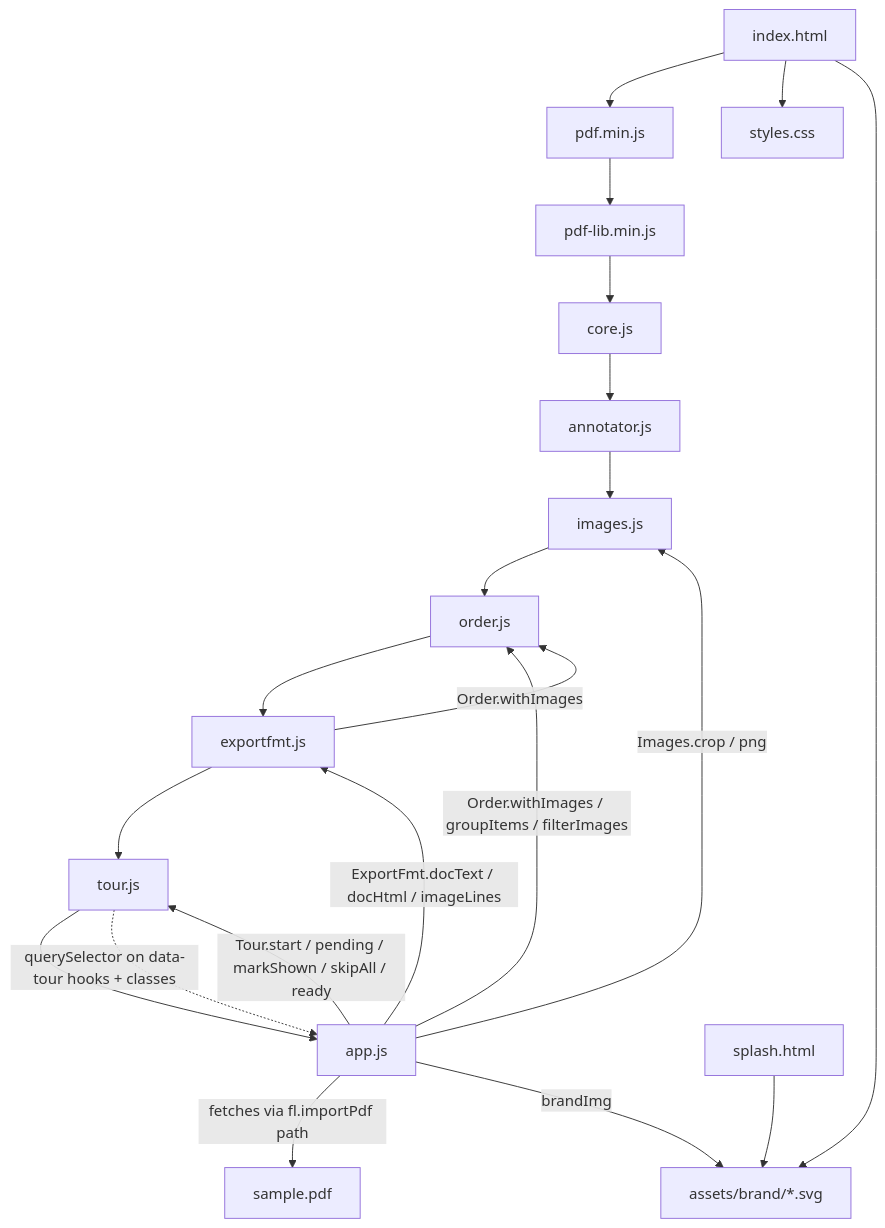
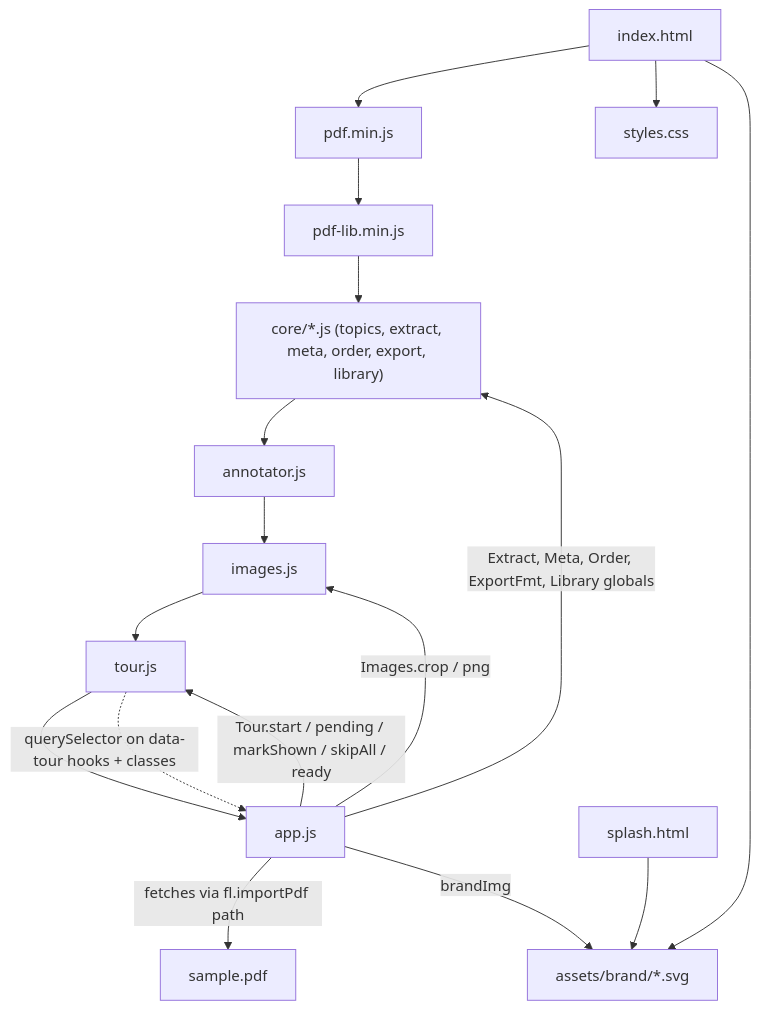
The diagram in docs/atlas/modules/renderer-ui.md (Lefarious/Faelights), drawn with Mermaid before and after one commit. The commit also changed other lines of this file and 10 other files, not shown here.

````diff
--- a/docs/atlas/modules/renderer-ui.md
+++ b/docs/atlas/modules/renderer-ui.md
@@ -15,15 +15,13 @@
 ```mermaid
 graph TD
-  html[index.html] --> pdfjs[pdf.min.js] --> pdflib[pdf-lib.min.js] --> core[core.js] --> annot[annotator.js] --> imgs[images.js] --> order[order.js] --> efmt[exportfmt.js] --> tour[tour.js] --> app[app.js]
+  html[index.html] --> pdfjs[pdf.min.js] --> pdflib[pdf-lib.min.js] --> core["core/*.js (topics, extract, meta, order, export, library)"] --> annot[annotator.js] --> imgs[images.js] --> tour[tour.js] --> app[app.js]
   app -->|Images.crop / png| imgs
-  app -->|Order.withImages / groupItems / filterImages| order
-  app -->|ExportFmt.docText / docHtml / imageLines| efmt
-  efmt -->|Order.withImages| order
+  app -->|Extract, Meta, Order, ExportFmt, Library globals| core
   app -->|Tour.start / pending / markShown / skipAll / ready| tour
   tour -.->|querySelector on data-tour hooks + classes| app
   html --> css[styles.css]
   app -->|fetches via fl.importPdf path| sample[sample.pdf]
   app -->|brandImg| brand[assets/brand/*.svg]
   html --> brand
   splash[splash.html] --> brand
 ```
````
